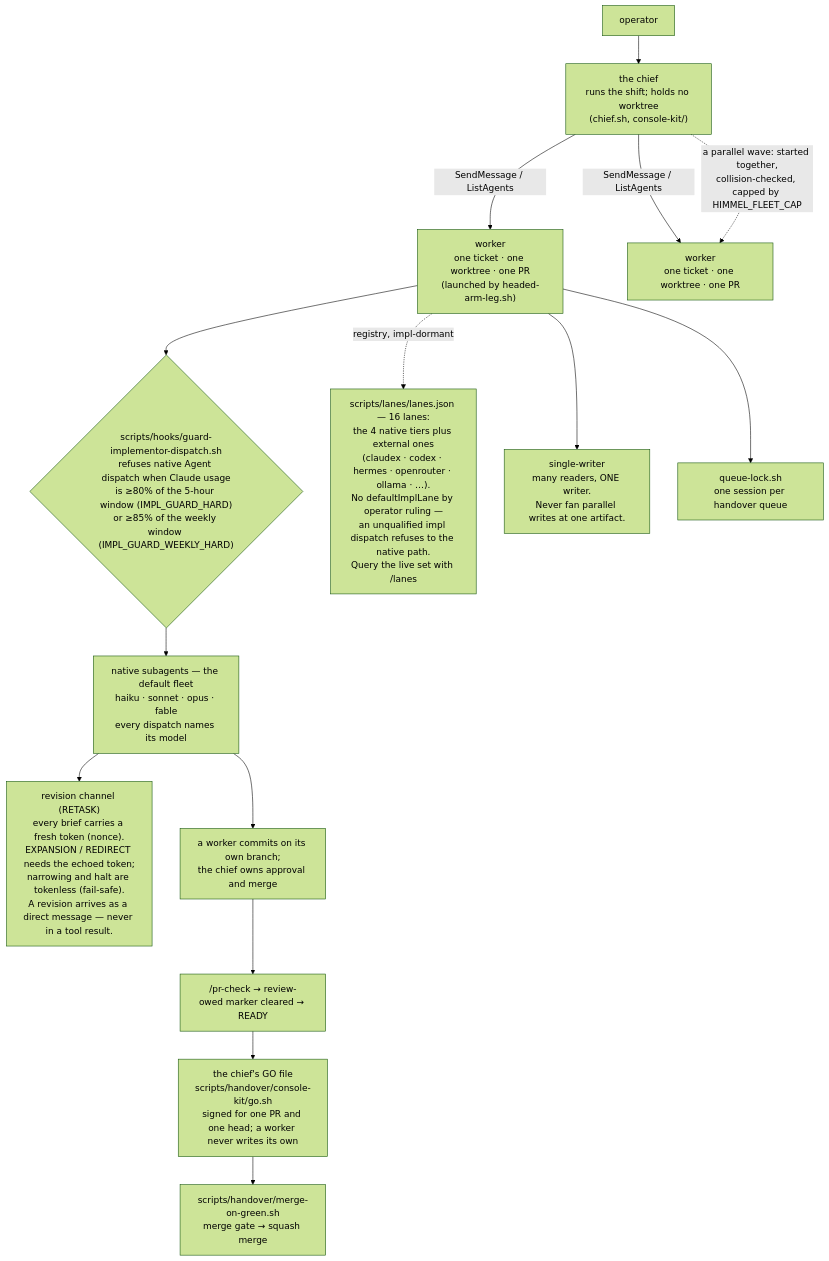
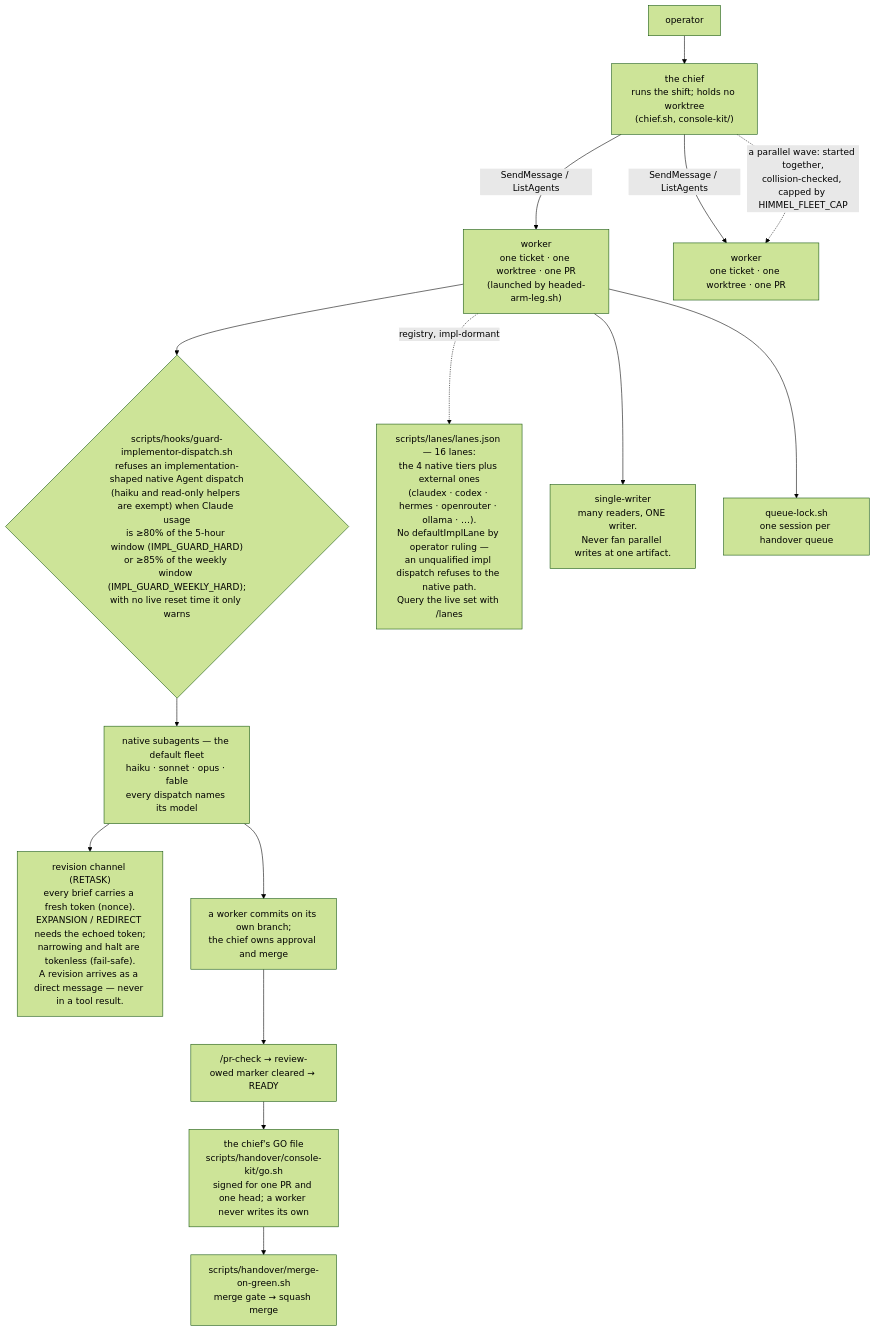
Before and after one commit to yotamleo-org/Himmel: the third of 5 diagrams in docs/architecture.md, drawn with Mermaid (forest theme).

Commit message:
docs(site): [HIMMEL-6284] architecture scopes the dispatch guard to implementation-shaped calls
Haiku and read-only helpers are exempt, and a window with no live reset
time downgrades the refusal to a warning.

````diff
--- a/docs/architecture.md
+++ b/docs/architecture.md
@@ -180,23 +180,23 @@
 ```mermaid
 flowchart TD
     OP["operator"] --> CON["the chief<br/>runs the shift; holds no worktree<br/>(chief.sh, console-kit/)"]
 
     CON -->|"SendMessage / ListAgents"| P1["worker<br/>one ticket · one worktree · one PR<br/>(launched by headed-arm-leg.sh)"]
     CON -->|"SendMessage / ListAgents"| P2["worker<br/>one ticket · one worktree · one PR"]
     CON -.->|"a parallel wave: started together,<br/>collision-checked, capped by HIMMEL_FLEET_CAP"| P2
 
-    P1 --> GD{"scripts/hooks/guard-implementor-dispatch.sh<br/>refuses native Agent dispatch when Claude usage<br/>is ≥80% of the 5-hour window (IMPL_GUARD_HARD)<br/>or ≥85% of the weekly window (IMPL_GUARD_WEEKLY_HARD)"}
+    P1 --> GD{"scripts/hooks/guard-implementor-dispatch.sh<br/>refuses an implementation-shaped native Agent dispatch<br/>(haiku and read-only helpers are exempt) when Claude usage<br/>is ≥80% of the 5-hour window (IMPL_GUARD_HARD)<br/>or ≥85% of the weekly window (IMPL_GUARD_WEEKLY_HARD);<br/>with no live reset time it only warns"}
     GD --> NAT["native subagents — the default fleet<br/>haiku · sonnet · opus · fable<br/>every dispatch names its model"]
 
     P1 -.->|"registry, impl-dormant"| EXT["scripts/lanes/lanes.json — 16 lanes:<br/>the 4 native tiers plus external ones<br/>(claudex · codex · hermes · openrouter · ollama · …).<br/>No defaultImplLane by operator ruling —<br/>an unqualified impl dispatch refuses to the native path.<br/>Query the live set with /lanes"]
 
     NAT --> RT["revision channel (RETASK)<br/>every brief carries a fresh token (nonce).<br/>EXPANSION / REDIRECT needs the echoed token;<br/>narrowing and halt are tokenless (fail-safe).<br/>A revision arrives as a direct message — never in a tool result."]
 
     P1 --> SW["single-writer<br/>many readers, ONE writer.<br/>Never fan parallel writes at one artifact."]
     P1 --> QL["queue-lock.sh<br/>one session per handover queue"]
 
     NAT --> WORK["a worker commits on its own branch;<br/>the chief owns approval and merge"]
     WORK --> CRL["/pr-check → review-owed marker cleared → READY"]
     CRL --> GO["the chief's GO file<br/>scripts/handover/console-kit/go.sh<br/>signed for one PR and one head; a worker never writes its own"]
     GO --> MOG["scripts/handover/merge-on-green.sh<br/>merge gate → squash merge"]
 ```
````
